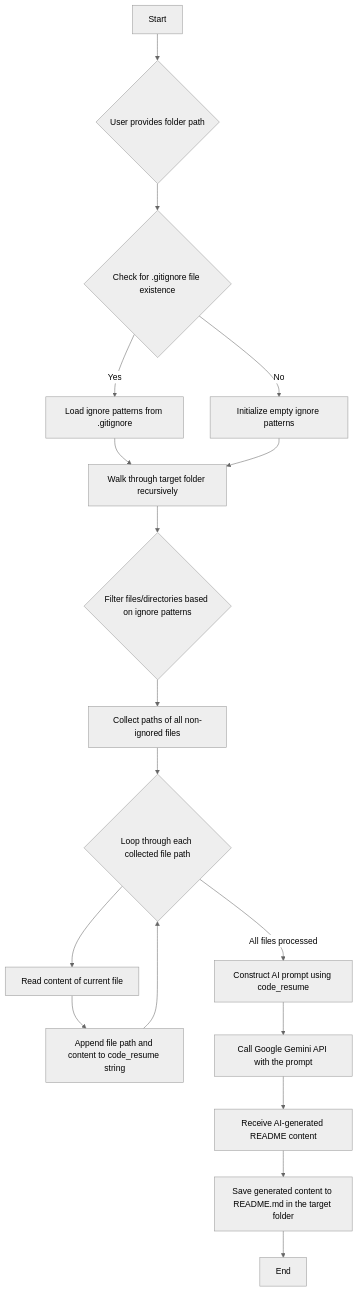
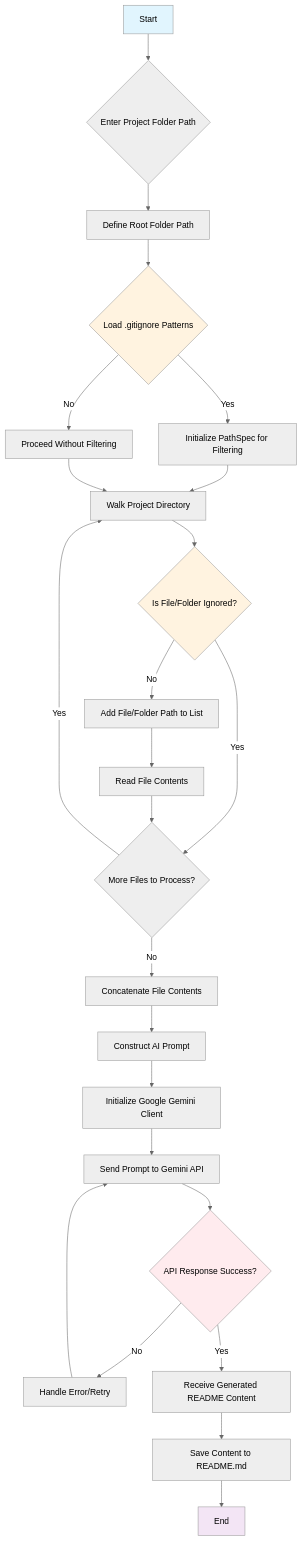
The diagram in README.md (bintadik/md-generator), drawn with Mermaid (neutral theme) before and after one commit. The commit also changed other lines of this file and 1 other file, not shown here.

````diff
--- a/README.md
+++ b/README.md
@@ -63,20 +79,32 @@
 ```mermaid
 graph TD
-    A[Start] --> B{User provides folder path};
-    B --> C{Check for .gitignore file existence};
-    C -- Yes --> D[Load ignore patterns from .gitignore];
-    C -- No --> E[Initialize empty ignore patterns];
-    D --> F[Walk through target folder recursively];
-    E --> F;
-    F --> G{Filter files/directories based on ignore patterns};
-    G --> H[Collect paths of all non-ignored files];
-    H --> I{Loop through each collected file path};
-    I --> J[Read content of current file];
-    J --> K[Append file path and content to code_resume string];
-    K --> I;
-    I -- All files processed --> L[Construct AI prompt using code_resume];
-    L --> M[Call Google Gemini API with the prompt];
-    M --> N[Receive AI-generated README content];
-    N --> O[Save generated content to README.md in the target folder];
-    O --> P[End];
+    A[Start] --> B{Enter Project Folder Path}
+    B --> C[Define Root Folder Path]
+    C --> D{Load .gitignore Patterns}
+    D -->|Yes| E[Initialize PathSpec for Filtering]
+    D -->|No| F[Proceed Without Filtering]
+    E --> G[Walk Project Directory]
+    F --> G
+    G --> H{Is File/Folder Ignored?}
+    H -->|Yes| I{More Files to Process?}
+    H -->|No| J[Add File/Folder Path to List]
+    J --> K[Read File Contents]
+    K --> I
+    I -->|Yes| G
+    I -->|No| L[Concatenate File Contents]
+    L --> M[Construct AI Prompt]
+    M --> N[Initialize Google Gemini Client]
+    N --> O[Send Prompt to Gemini API]
+    O --> P{API Response Success?}
+    P -->|No| Q[Handle Error/Retry]
+    Q --> O
+    P -->|Yes| R[Receive Generated README Content]
+    R --> S[Save Content to README.md]
+    S --> T[End]
+    
+    style A fill:#e1f5fe
+    style T fill:#f3e5f5
+    style D fill:#fff3e0
+    style H fill:#fff3e0
+    style P fill:#ffebee
 ```
````
